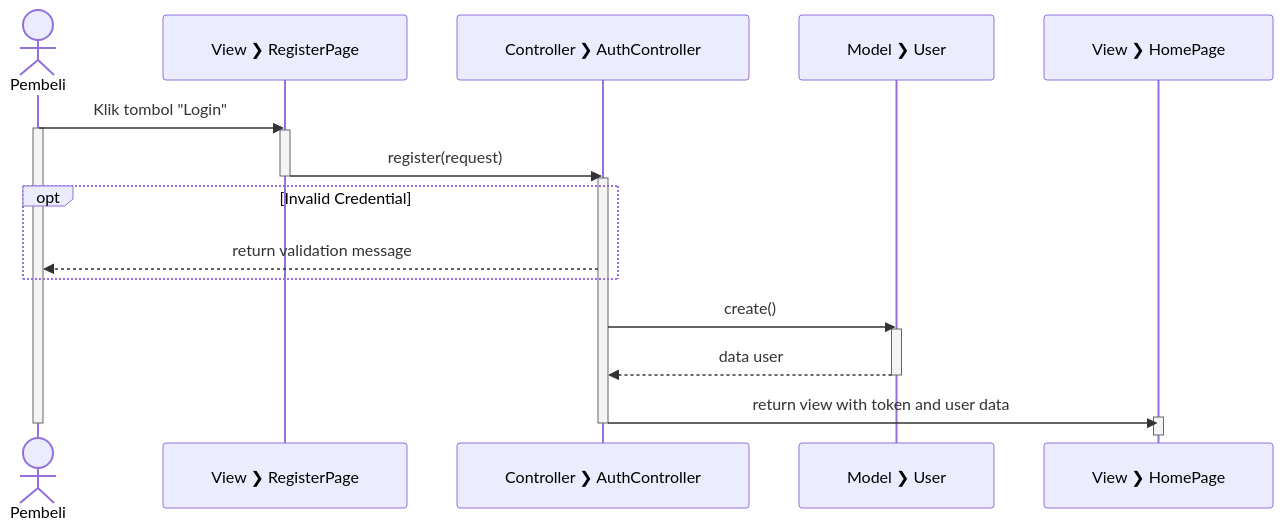
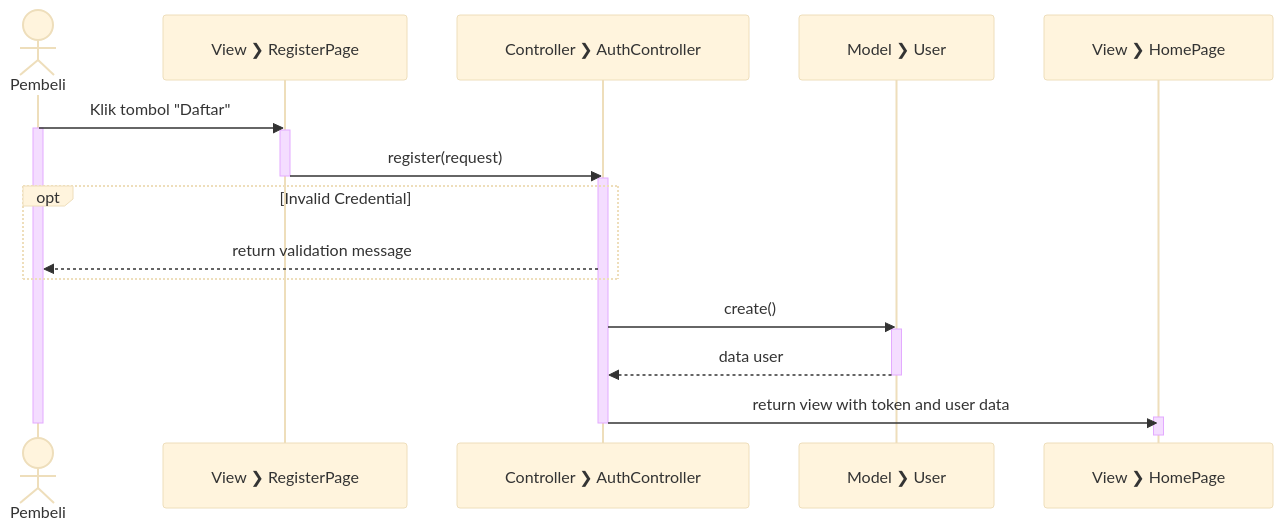
The diagram in sequence/Register.mmd (rizalgrandonk/salesprint-diagrams), drawn with Mermaid before and after one commit. The commit also changed 36 other files, not shown here.

Commit message:
update sequence diagram

```diff
--- a/sequence/Register.mmd
+++ b/sequence/Register.mmd
@@ -1,37 +1,38 @@
+%%{init: {'theme': 'base', 'themeVariables': { 'fontSize': '13px', 'fontFamily': 'Inter'}}}%%
 sequenceDiagram
   actor Pembeli
   participant V_R as View #10095; RegisterPage
   participant C_A as Controller #10095; AuthController
   participant M_U as Model #10095; User
   participant V_H as View #10095; HomePage
 
 
-  Pembeli->>V_R: Klik tombol "Login"
+  Pembeli->>V_R: Klik tombol "Daftar"
   activate Pembeli
 
   activate V_R
 
   V_R->>C_A: register(request)
 
   deactivate V_R
 
   activate C_A
 
   opt Invalid Credential
     C_A-->>Pembeli: return validation message
   end
 
   C_A->>M_U: create()
 
   activate M_U
 
   M_U-->>C_A: data user
 
   deactivate M_U
 
   C_A->>V_H: return view with token and user data
   activate V_H
   deactivate V_H
 
   deactivate C_A
   deactivate Pembeli
```
